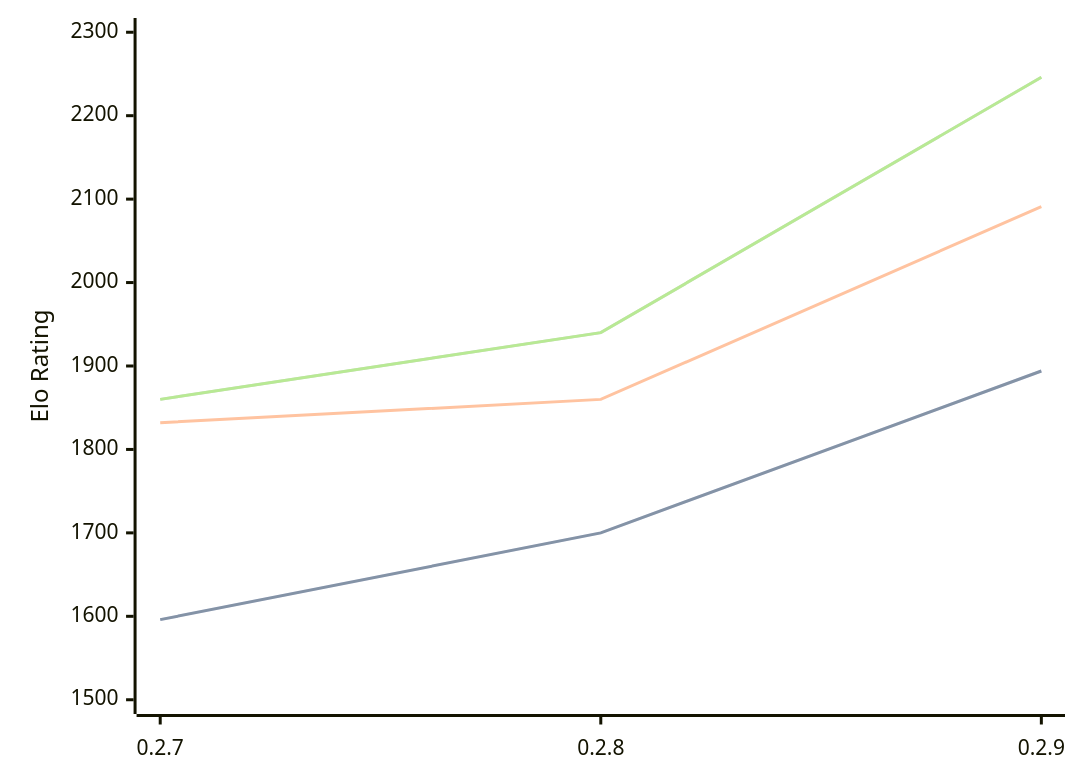
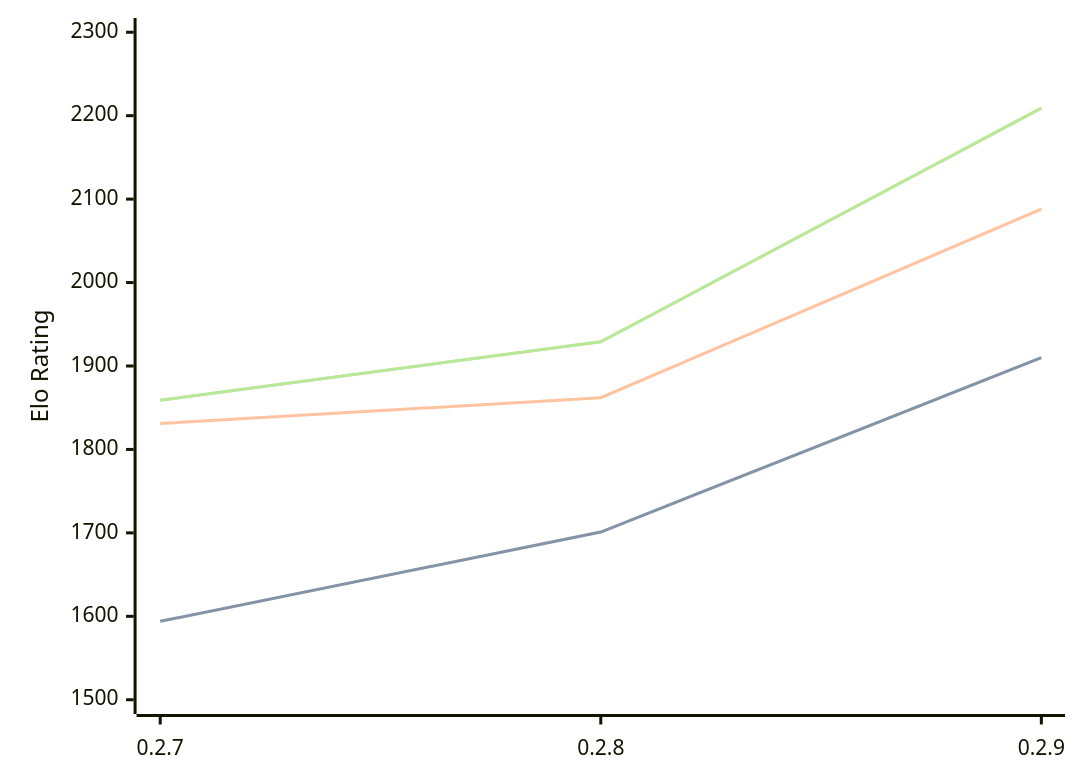
One commit to computer-chess-index/cci changed the diagram in engines/Dual.md. Above: the diagram before and after it, drawn with Mermaid. The commit also changed other lines of this file, not shown here.

Commit message:
Update CCI Ratings (ELO VLTC) - 2026-05-22

````diff
--- a/engines/Dual.md
+++ b/engines/Dual.md
@@ -41,11 +41,11 @@
 ```mermaid
 %%{init: {"theme":"base","themeVariables":{"seriesColors:['#a3a3a3','#222221','#faa371']}}}%%
 xychart-beta
   x-axis ["0.2.7", "0.2.8", "0.2.9"]
   y-axis "Elo Rating" 1500 --> 2300
-  line "STC (8.0+0.08s)" [1596, 1700, 1894]
-  line "STC (8.0+0.08s)" [1596, 1700, 1894]
-  line "LTC (60.0+0.60s)" [1832, 1860, 2091]
-  line "VLTC (2m24s+1.12s)" [1860, 1940, 2246]
-  line "VLTC (2m24s+1.12s)" [1860, 1940, 2246]
+  line "STC (8.0+0.08s)" [1594, 1701, 1910]
+  line "STC (8.0+0.08s)" [1594, 1701, 1910]
+  line "LTC (60.0+0.60s)" [1831, 1862, 2088]
+  line "VLTC (2m24s+1.12s)" [1859, 1929, 2209]
+  line "VLTC (2m24s+1.12s)" [1859, 1929, 2209]
 ```
````
